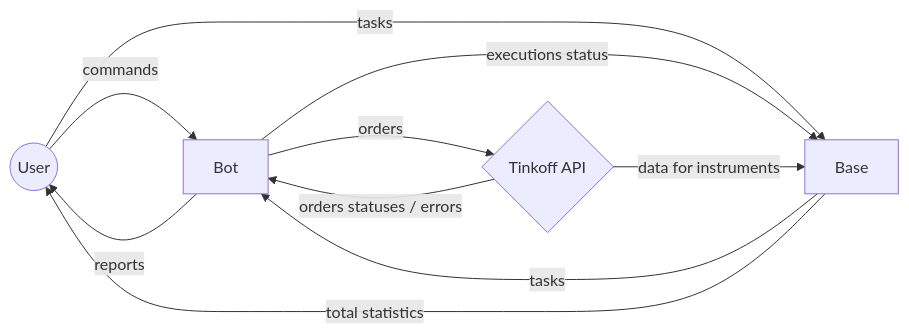
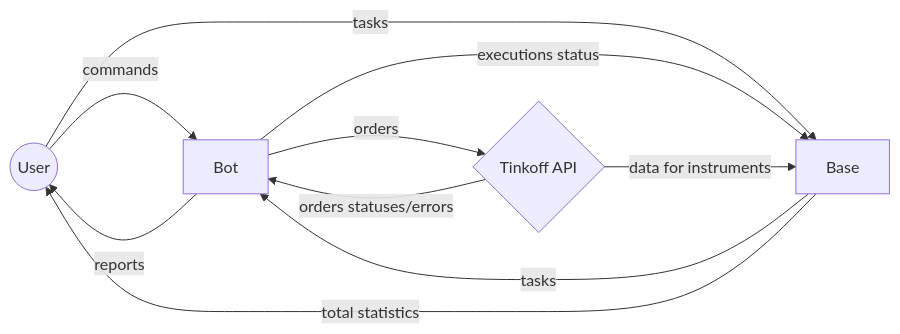
One commit to holohup/trademan-1.0-alpha-public changed the diagram in README.md. Above: the diagram before and after it, drawn with Mermaid. The commit also changed other lines of this file, not shown here.

````diff
--- a/README.md
+++ b/README.md
@@ -28,13 +32,13 @@
 ```mermaid
 graph LR
 
 A((User)) -- commands --> B[Bot]
 B -- reports --> A
 A -- tasks --> C[Base]
 B -- executions status --> C
 C -- tasks --> B
 D{Tinkoff API} -- data for instruments--> C
 B -- orders --> D
-D -- orders statuses / errors --> B
+D -- orders statuses/errors --> B
 C -- total statistics --> A
 ```
````
